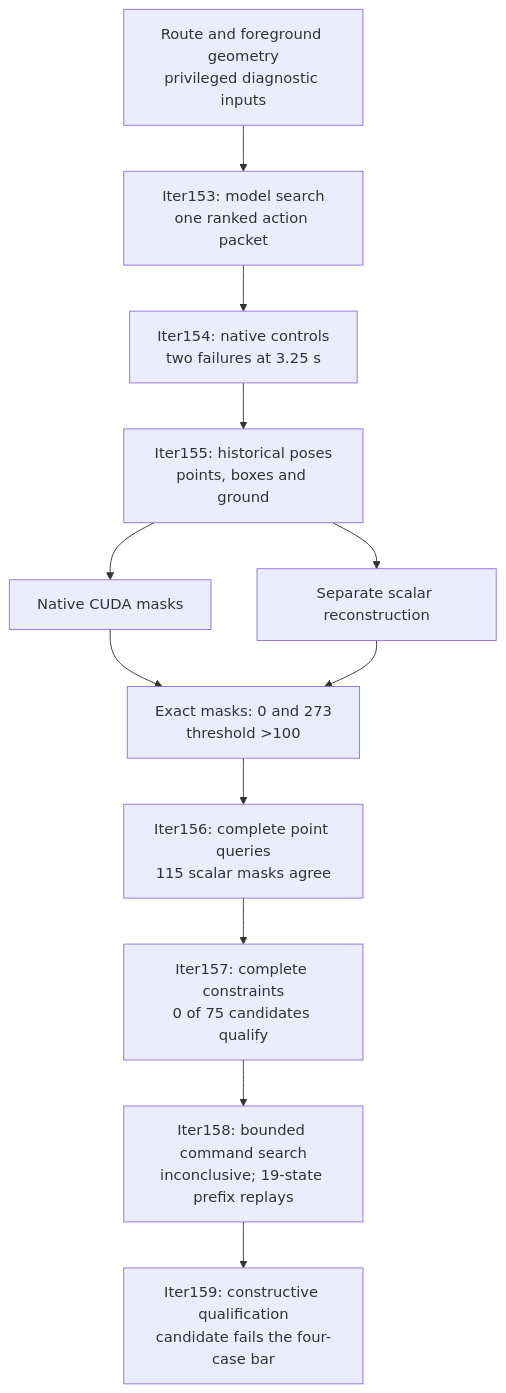
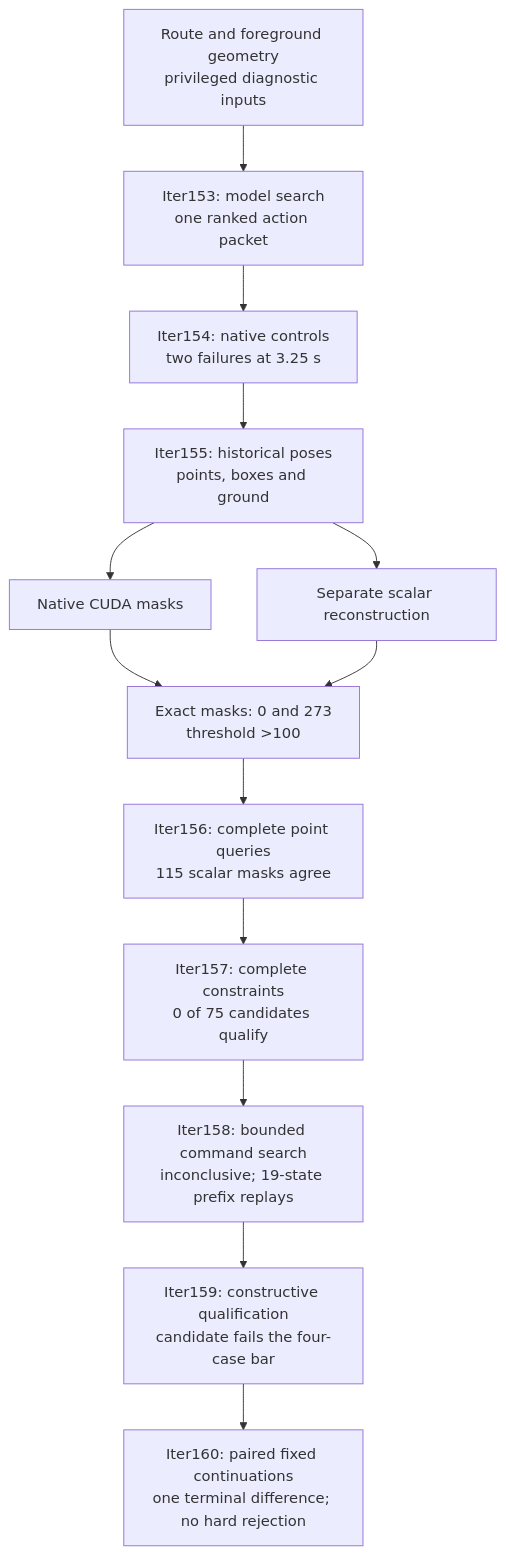
One commit to manfromnowhere143/sentinel changed the fourth of 4 diagrams in docs/ARCHITECTURE.md. Above: the diagram before and after it, drawn with Mermaid. The commit also changed other lines of this file and 27 other files, not shown here.

Commit message:
Close Iter160 with one bounded terminal difference and unresolved search causation

````diff
--- a/docs/ARCHITECTURE.md
+++ b/docs/ARCHITECTURE.md
@@ -209,16 +209,17 @@
 ```mermaid
 flowchart TB
   accTitle: The diagnostic model, native test and background witness
   accDescr: A privileged model candidate fails in the native scene. A separate source-point extraction reproduces the collision predicate without a new driving episode.
   G["Route and foreground geometry<br/>privileged diagnostic inputs"] --> M["Iter153: model search<br/>one ranked action packet"]
   M --> N["Iter154: native controls<br/>two failures at 3.25 s"]
   N --> X["Iter155: historical poses<br/>points, boxes and ground"]
   X --> C["Native CUDA masks"]
   X --> S["Separate scalar reconstruction"]
   C --> E["Exact masks: 0 and 273<br/>threshold >100"]
   S --> E
   E --> F["Iter156: complete point queries<br/>115 scalar masks agree"]
   F --> L["Iter157: complete constraints<br/>0 of 75 candidates qualify"]
   L --> A["Iter158: bounded command search<br/>inconclusive; 19-state prefix replays"]
   A --> Q["Iter159: constructive qualification<br/>candidate fails the four-case bar"]
+  Q --> K["Iter160: paired fixed continuations<br/>one terminal difference; no hard rejection"]
 ```
````
